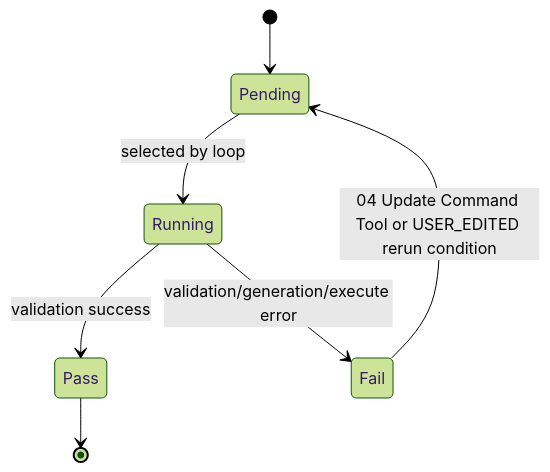
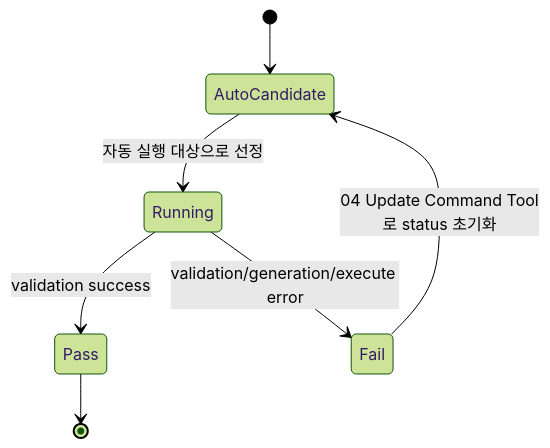
The sixth of 6 diagrams in smartMigrate_2.0_Langflow/00_guide/00_architecture_chapter4_domain_executors.md (seongikjin227-jpg/refactoring_smartMigrate), drawn with Mermaid (forest theme) before and after one commit. The commit also changed other lines of this file and 27 other files, not shown here.

````diff
--- a/smartMigrate_2.0_Langflow/00_guide/00_architecture_chapter4_domain_executors.md
+++ b/smartMigrate_2.0_Langflow/00_guide/00_architecture_chapter4_domain_executors.md
@@ -247,9 +247,9 @@
 ```mermaid
 stateDiagram-v2
-    [*] --> Pending
-    Pending --> Running: selected by loop
+    [*] --> AutoCandidate
+    AutoCandidate --> Running: 자동 실행 대상으로 선정
     Running --> Pass: validation success
     Running --> Fail: validation/generation/execute error
-    Fail --> Pending: 04 Update Command Tool or USER_EDITED rerun condition
+    Fail --> AutoCandidate: 04 Update Command Tool로 status 초기화
     Pass --> [*]
 ```
````
